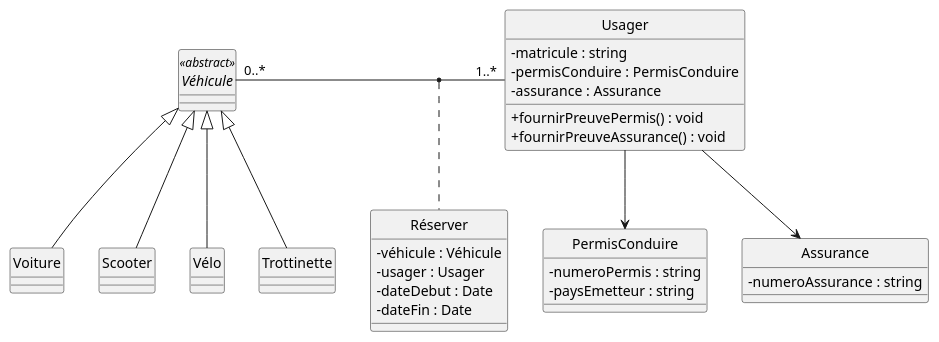
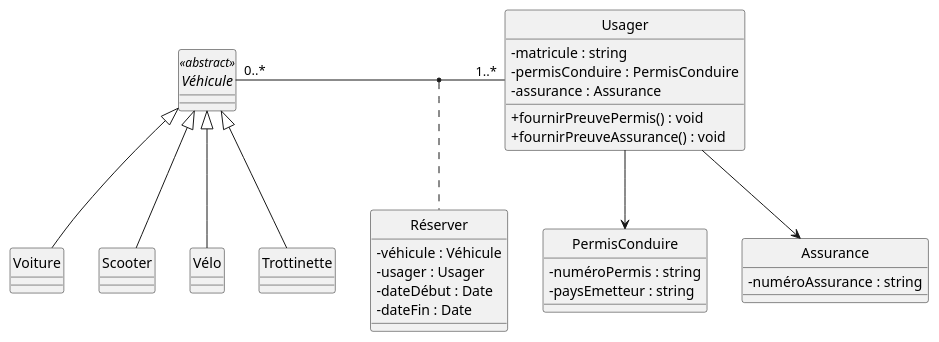
The diagram in plant_uml/exempleDiagClasse.plantuml (gigl-uml/Guide_uml_polymtl), drawn with PlantUML before and after one commit. The commit also changed 18 other files, not shown here.

```diff
--- a/plant_uml/exempleDiagClasse.plantuml
+++ b/plant_uml/exempleDiagClasse.plantuml
@@ -1,51 +1,51 @@
 @startuml
 hide circle
 skinparam backgroundcolor transparent
 skinparam classAttributeIconSize 0
 abstract class Véhicule <<abstract>> {
     
 }
 class Voiture {
     
 }
 class Scooter {
     
 }
 class Vélo {
     
 }
 class Trottinette {
     
 }
 class Usager {
     - matricule : string
     - permisConduire : PermisConduire
     - assurance : Assurance
     + fournirPreuvePermis() : void
     + fournirPreuveAssurance() : void
 }
 class PermisConduire {
-    - numeroPermis : string
+    - numéroPermis : string
     - paysEmetteur : string
 }
 class Assurance {
-    - numeroAssurance : string
+    - numéroAssurance : string
 }
 
 class Réserver {
     - véhicule : Véhicule
     - usager : Usager
-    - dateDebut : Date
+    - dateDébut : Date
     - dateFin : Date
 }
 
 Véhicule <|-- Voiture
 Véhicule <|-- Scooter
 Véhicule <|-- Vélo
 Véhicule <|-- Trottinette
 Véhicule "0..*" - "1..*" Usager 
 (Véhicule, Usager) .. Réserver
 Usager --> PermisConduire
 Usager --> Assurance
 
 @enduml
```
